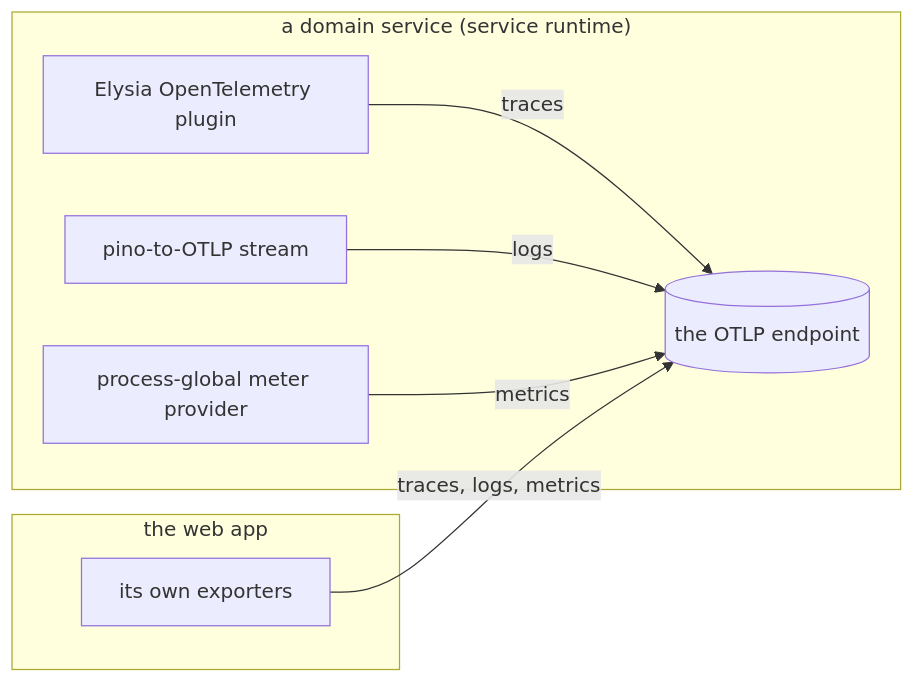
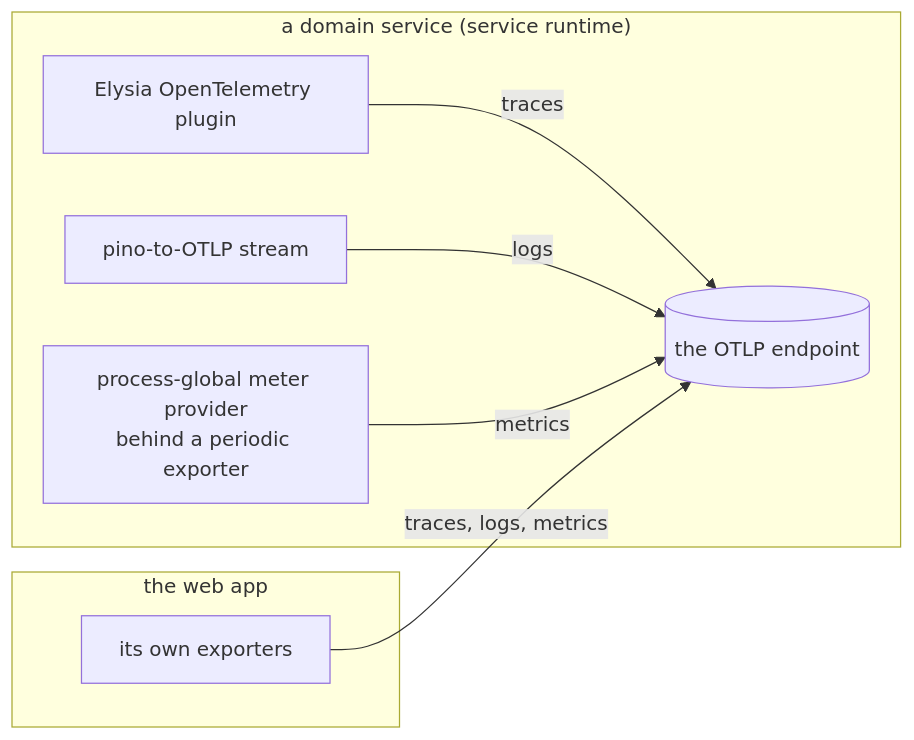
The diagram in docs/architecture/platform/observability.md (zgeoff/vers), drawn with Mermaid before and after one commit. The commit also changed 2 other files, not shown here.

Commit message:
docs: answer the bot findings on the new diagrams

````diff
--- a/docs/architecture/platform/observability.md
+++ b/docs/architecture/platform/observability.md
@@ -10,12 +10,12 @@
 ```mermaid
 flowchart LR
   subgraph service["a domain service (service runtime)"]
     T1[Elysia OpenTelemetry plugin] -->|traces| O
     L1[pino-to-OTLP stream] -->|logs| O
-    M1[process-global meter provider] -->|metrics| O
+    M1["process-global meter provider<br>behind a periodic exporter"] -->|metrics| O
   end
   subgraph web["the web app"]
     W[its own exporters] -->|traces, logs, metrics| O
   end
   O[("the OTLP endpoint")]
 ```
````
